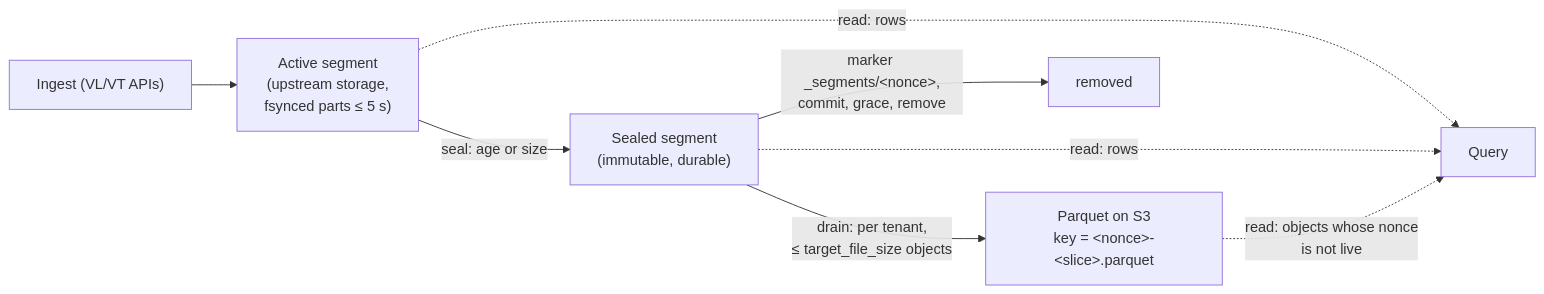
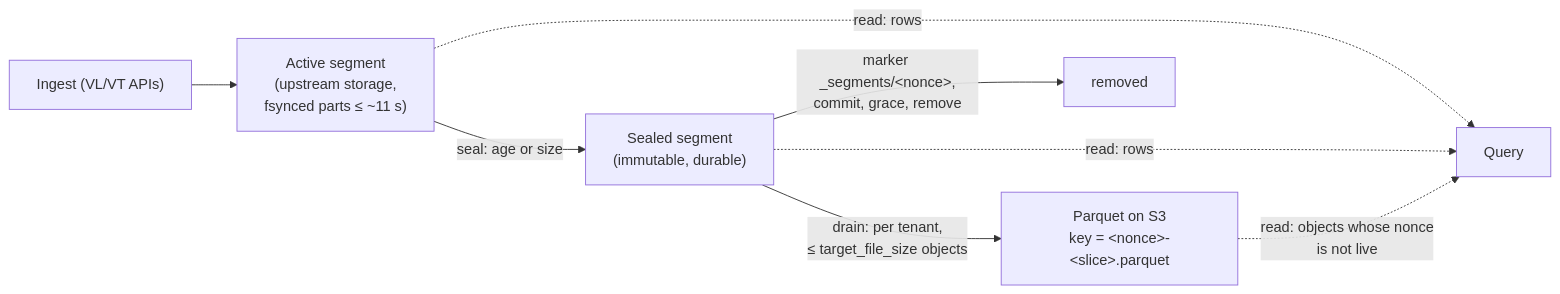
One commit to ReliablyObserve/victoria-lakehouse changed the diagram in docs/durability.md. Above: the diagram before and after it, drawn with Mermaid. The commit also changed other lines of this file and 11 other files, not shown here.

````diff
--- a/docs/durability.md
+++ b/docs/durability.md
@@ -42,10 +42,10 @@
 ```mermaid
 flowchart LR
-    I["Ingest (VL/VT APIs)"] --> A["Active segment<br/>(upstream storage,<br/>fsynced parts ≤ 5 s)"]
+    I["Ingest (VL/VT APIs)"] --> A["Active segment<br/>(upstream storage,<br/>fsynced parts ≤ ~11 s)"]
     A -->|"seal: age or size"| S["Sealed segment<br/>(immutable, durable)"]
     S -->|"drain: per tenant,<br/>≤ target_file_size objects"| P["Parquet on S3<br/>key = &lt;nonce&gt;-&lt;slice&gt;.parquet"]
     S -->|"marker _segments/&lt;nonce&gt;,<br/>commit, grace, remove"| X["removed"]
     A -.->|"read: rows"| Q["Query"]
     S -.->|"read: rows"| Q
     P -.->|"read: objects whose nonce<br/>is not live"| Q
 ```
````
